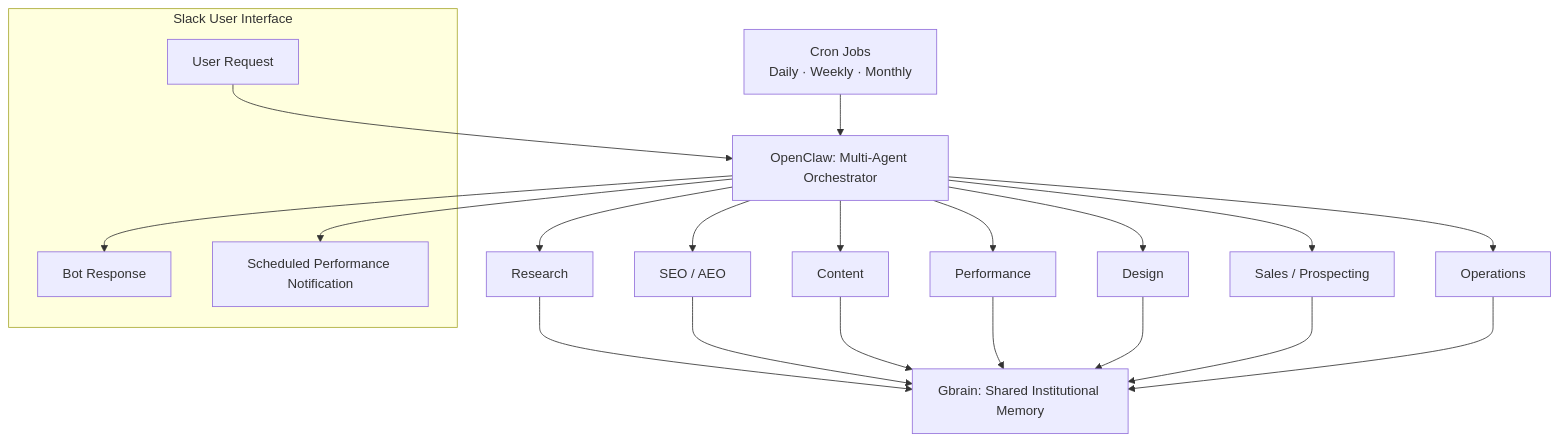
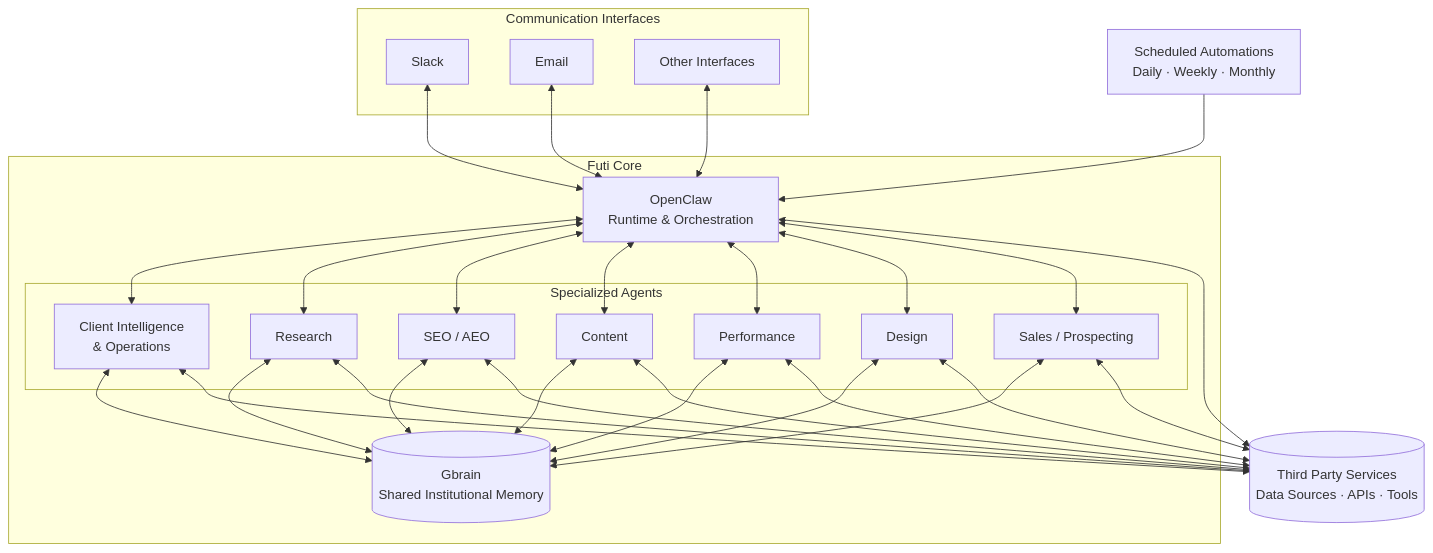
Before and after one commit to jsfreytes-growth/futi-agent-orchestrator: the diagram in README.md, drawn with Mermaid. The commit also changed other lines of this file, not shown here.

````diff
--- a/README.md
+++ b/README.md
@@ -25,44 +25,60 @@
 ```mermaid
 flowchart TB
 
-subgraph Slack["Slack User Interface"]
-Request["User Request"]
-Response["Bot Response"]
-Notification["Scheduled Performance Notification"]
-end
+    subgraph INTERFACE["Communication Interfaces"]
+        Slack["Slack"]
+        Email["Email"]
+        Other["Other Interfaces"]
+    end
 
-Cron["Cron Jobs<br/>Daily · Weekly · Monthly"]
+    subgraph CORE["Futi Core"]
+        OpenClaw["OpenClaw<br/>Runtime & Orchestration"]
 
-OpenClaw["OpenClaw: Multi-Agent Orchestrator"]
+        subgraph AGENTS["Specialized Agents"]
+            Ops["Client Intelligence<br/>& Operations"]
+            Research["Research"]
+            SEO["SEO / AEO"]
+            Content["Content"]
+            Performance["Performance"]
+            Design["Design"]
+            Sales["Sales / Prospecting"]
+        end
 
-Request --> OpenClaw
-OpenClaw --> Response
-Cron --> OpenClaw
-OpenClaw --> Notification
+        Gbrain[("Gbrain<br/>Shared Institutional Memory")]
+    end
 
-Research["Research"]
-SEO["SEO / AEO"]
-Content["Content"]
-Performance["Performance"]
-Design["Design"]
-Sales["Sales / Prospecting"]
-Operations["Operations"]
+    Cron["Scheduled Automations<br/>Daily · Weekly · Monthly"]
 
-OpenClaw --> Research
-OpenClaw --> SEO
-OpenClaw --> Content
-OpenClaw --> Performance
-OpenClaw --> Design
-OpenClaw --> Sales
-OpenClaw --> Operations
+    Services[("Third Party Services<br/>Data Sources · APIs · Tools")]
 
-Gbrain["Gbrain: Shared Institutional Memory"]
+    Slack <--> OpenClaw
+    Email <--> OpenClaw
+    Other <--> OpenClaw
 
-Research --> Gbrain
-SEO --> Gbrain
-Content --> Gbrain
-Performance --> Gbrain
-Design --> Gbrain
-Sales --> Gbrain
-Operations --> Gbrain
+    Cron --> OpenClaw
+
+    OpenClaw <--> Ops
+    OpenClaw <--> Research
+    OpenClaw <--> SEO
+    OpenClaw <--> Content
+    OpenClaw <--> Performance
+    OpenClaw <--> Design
+    OpenClaw <--> Sales
+
+    Ops <--> Gbrain
+    Research <--> Gbrain
+    SEO <--> Gbrain
+    Content <--> Gbrain
+    Performance <--> Gbrain
+    Design <--> Gbrain
+    Sales <--> Gbrain
+
+    OpenClaw <--> Services
+    Ops <--> Services
+    Research <--> Services
+    SEO <--> Services
+    Content <--> Services
+    Performance <--> Services
+    Design <--> Services
+    Sales <--> Services
 ```
````
